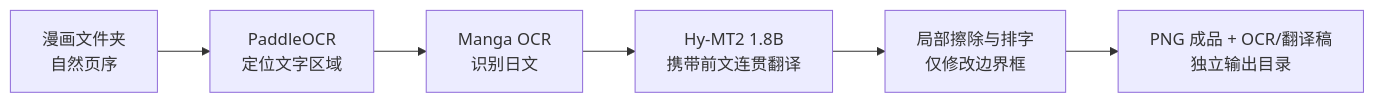
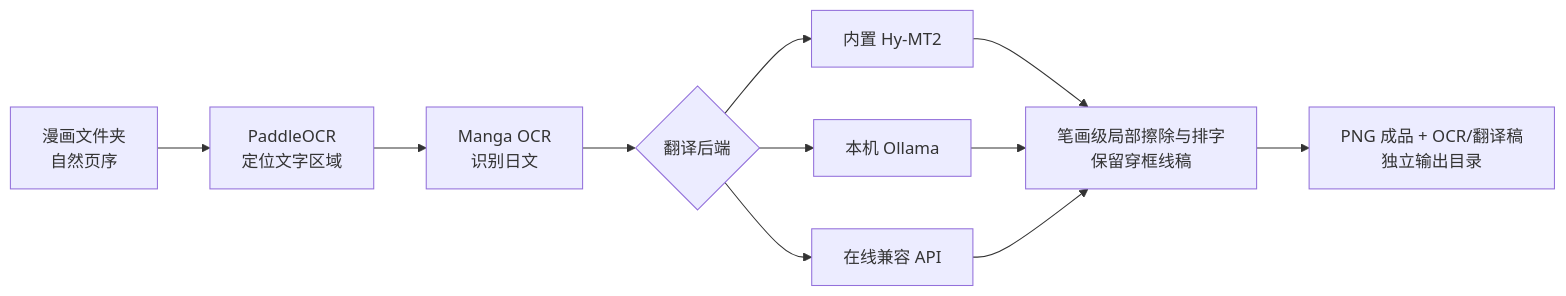
The diagram in README.md (whmc76/manga-localizer-studio), drawn with Mermaid before and after one commit. The commit also changed other lines of this file and 30 other files, not shown here.

````diff
--- a/README.md
+++ b/README.md
@@ -69,8 +74,14 @@
 ```mermaid
 flowchart LR
   A["漫画文件夹\n自然页序"] --> B["PaddleOCR\n定位文字区域"]
   B --> C["Manga OCR\n识别日文"]
-  C --> D["Hy-MT2 1.8B\n携带前文连贯翻译"]
-  D --> E["局部擦除与排字\n仅修改边界框"]
+  C --> D{"翻译后端"}
+  D --> D1["内置 Hy-MT2"]
+  D --> D2["本机 Ollama"]
+  D --> D3["在线兼容 API"]
+  D1 --> E
+  D2 --> E
+  D3 --> E
+  E["笔画级局部擦除与排字\n保留穿框线稿"]
   E --> F["PNG 成品 + OCR/翻译稿\n独立输出目录"]
 ```
````
